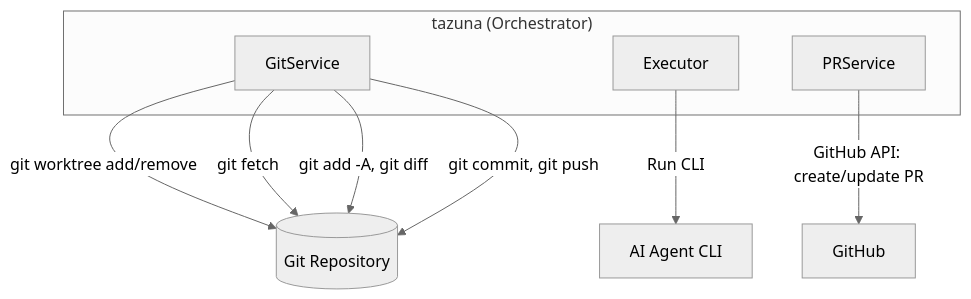
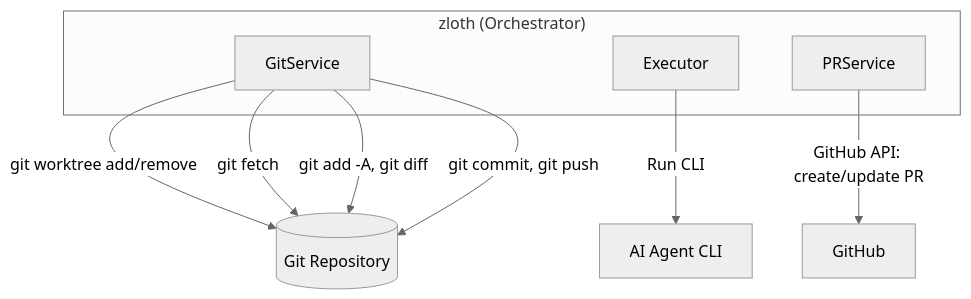
Before and after one commit to hampen2929/zloth: the first of 9 diagrams in docs/git_operation_design.md, drawn with Mermaid (neutral theme). The commit also changed other lines of this file and 175 other files, not shown here.

````diff
--- a/docs/git_operation_design.md
+++ b/docs/git_operation_design.md
@@ -9,17 +9,17 @@
 ```mermaid
 graph TB
-    subgraph tazuna["tazuna (Orchestrator)"]
+    subgraph zloth["zloth (Orchestrator)"]
         GS[GitService]
         EX[Executor]
         PR[PRService]
     end
     
     GS -->|git worktree add/remove| GIT[(Git Repository)]
     GS -->|git fetch| GIT
     GS -->|git add -A, git diff| GIT
     GS -->|git commit, git push| GIT
     
     EX -->|Run CLI| CLI[AI Agent CLI]
 
     PR -->|GitHub API: create/update PR| GH[GitHub]
 ```
````
